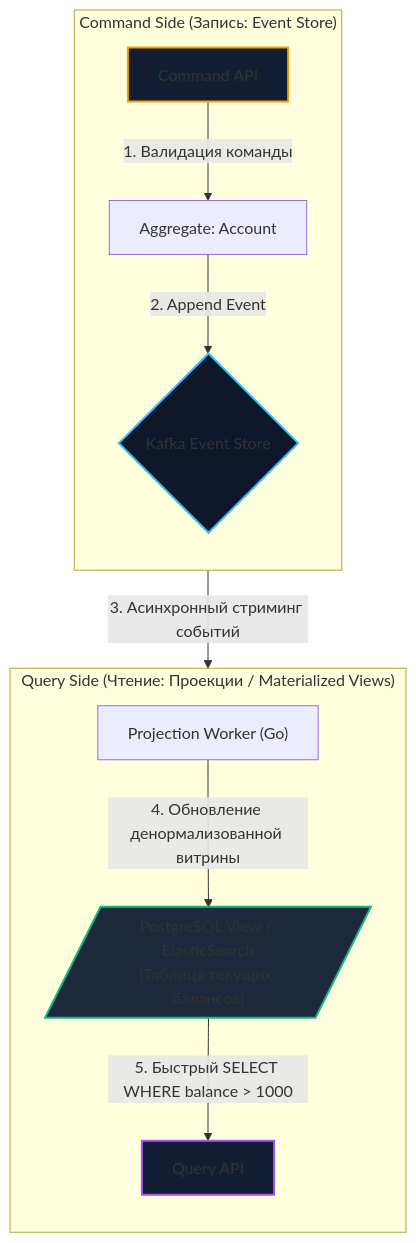
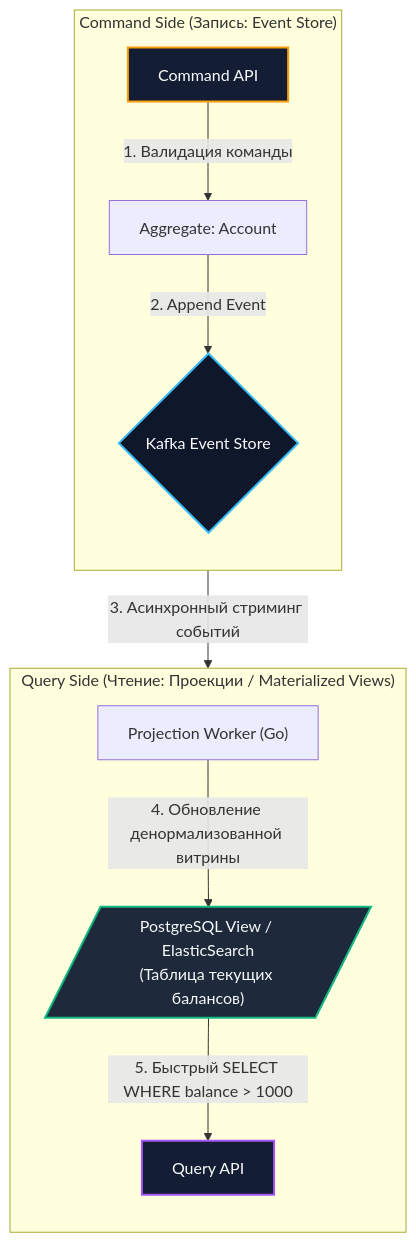
Before and after one commit to UnrealTemplier/go-textbook: the second of 3 diagrams in sources/13. Очереди, брокеры сообщений и оркестраторы/05. Паттерны и архитектура/4. Event sourcing и брокеры.md, drawn with Mermaid. The commit also changed other lines of this file and 310 other files, not shown here.

First line of the commit message:
fix(mermaid): replace light fill colors with dark palette for readability on dark theme

````diff
--- a/sources/13. Очереди, брокеры сообщений и оркестраторы/05. Паттерны и архитектура/4. Event sourcing и брокеры.md
+++ b/sources/13. Очереди, брокеры сообщений и оркестраторы/05. Паттерны и архитектура/4. Event sourcing и брокеры.md
@@ -210,20 +210,20 @@
 ```mermaid
 flowchart TD
     subgraph CommandSide ["Command Side (Запись: Event Store)"]
         direction TB
         CMD["Command API"] -->|"1. Валидация команды"| AGG["Aggregate: Account"]
         AGG -->|"2. Append Event"| ES{"Kafka Event Store"}
     end
 
     subgraph QuerySide ["Query Side (Чтение: Проекции / Materialized Views)"]
         direction TB
         ES -->|"3. Асинхронный стриминг событий"| PROJ["Projection Worker (Go)"]
         PROJ -->|"4. Обновление денормализованной витрины"| RDB[/"PostgreSQL View / ElasticSearch<br>(Таблица текущих балансов)"/]
         RDB -->|"5. Быстрый SELECT WHERE balance > 1000"| QRY["Query API"]
     end
 
-    style ES fill:#0f172a,stroke:#38bdf8,stroke-width:2px
-    style RDB fill:#1e293b,stroke:#10b981,stroke-width:2px
-    style CMD fill:#131d33,stroke:#f59e0b,stroke-width:2px
-    style QRY fill:#131d33,stroke:#a855f7,stroke-width:2px
+    style ES fill:#0f172a,stroke:#38bdf8,stroke-width:2px,color:#f8fafc
+    style RDB fill:#1e293b,stroke:#10b981,stroke-width:2px,color:#f8fafc
+    style CMD fill:#131d33,stroke:#f59e0b,stroke-width:2px,color:#f8fafc
+    style QRY fill:#131d33,stroke:#a855f7,stroke-width:2px,color:#f8fafc
 ```
````
